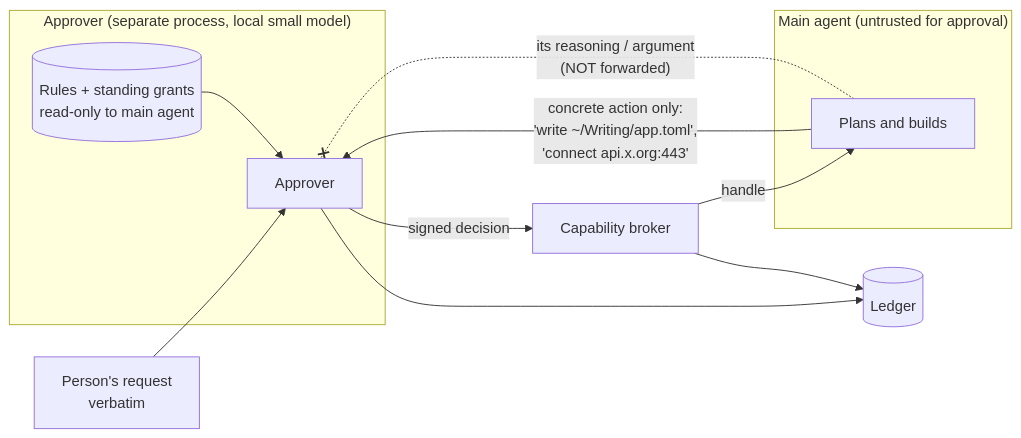
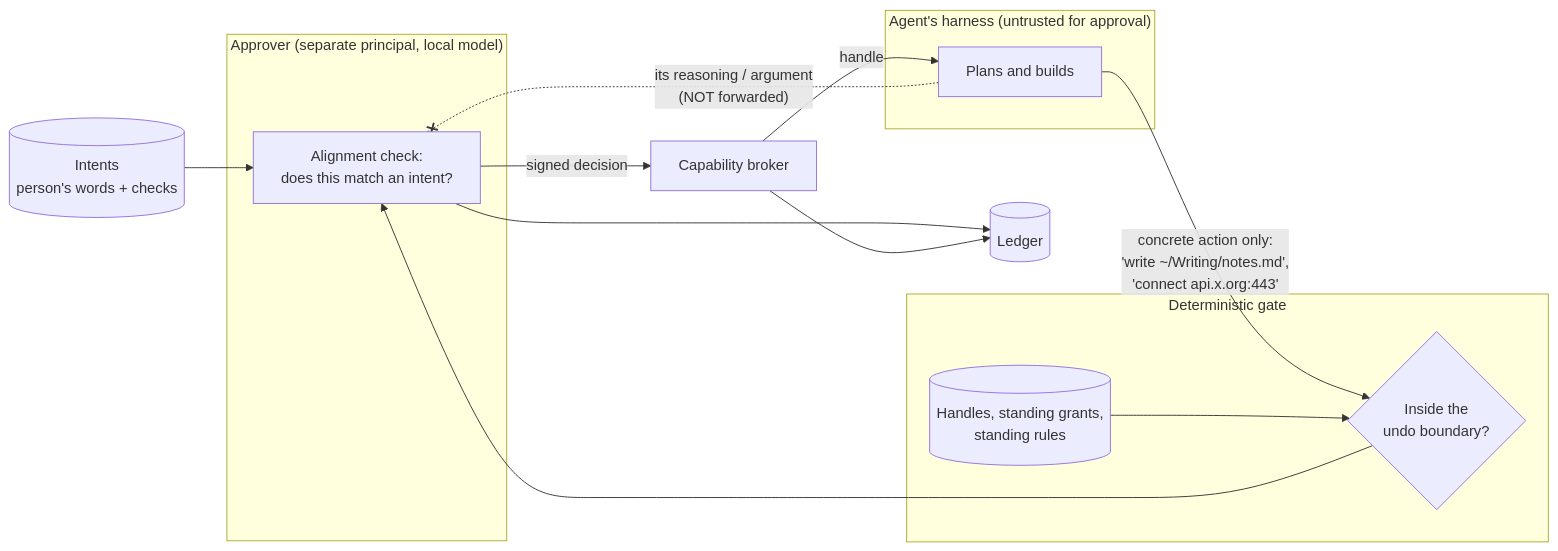
The second of 4 diagrams in docs/agent-first/design/approver-and-autonomy.md (crowbaros/crowbaros), drawn with Mermaid before and after one commit. The commit also changed other lines of this file and 14 other files, not shown here.

````diff
--- a/docs/agent-first/design/approver-and-autonomy.md
+++ b/docs/agent-first/design/approver-and-autonomy.md
@@ -33,18 +109,22 @@
 ```mermaid
 flowchart LR
-    U[Person's request<br/>verbatim] --> APR
-    subgraph MAIN["Main agent (untrusted for approval)"]
+    I[(Intents<br/>person's words + checks)] --> APR
+    subgraph AG["Agent's harness (untrusted for approval)"]
         M[Plans and builds]
     end
-    M -->|"concrete action only:<br/>'write ~/Writing/app.toml',<br/>'connect api.x.org:443'"| APR
+    M -->|"concrete action only:<br/>'write ~/Writing/notes.md',<br/>'connect api.x.org:443'"| D
     M -. "its reasoning / argument<br/>(NOT forwarded)" .-x APR
-    subgraph ISO["Approver (separate process, local small model)"]
-        APR[Approver]
-        RULES[(Rules + standing grants<br/>read-only to main agent)]
-        RULES --> APR
+    subgraph DET["Deterministic gate"]
+        D{"Inside the<br/>undo boundary?"}
+        RULES[(Handles, standing grants,<br/>standing rules)]
+        RULES --> D
+    end
+    D --> APR
+    subgraph ISO["Approver (separate principal, local model)"]
+        APR["Alignment check:<br/>does this match an intent?"]
     end
     APR -->|signed decision| BR[Capability broker]
     BR -->|handle| M
     APR --> LED[(Ledger)]
     BR --> LED
 ```
````
